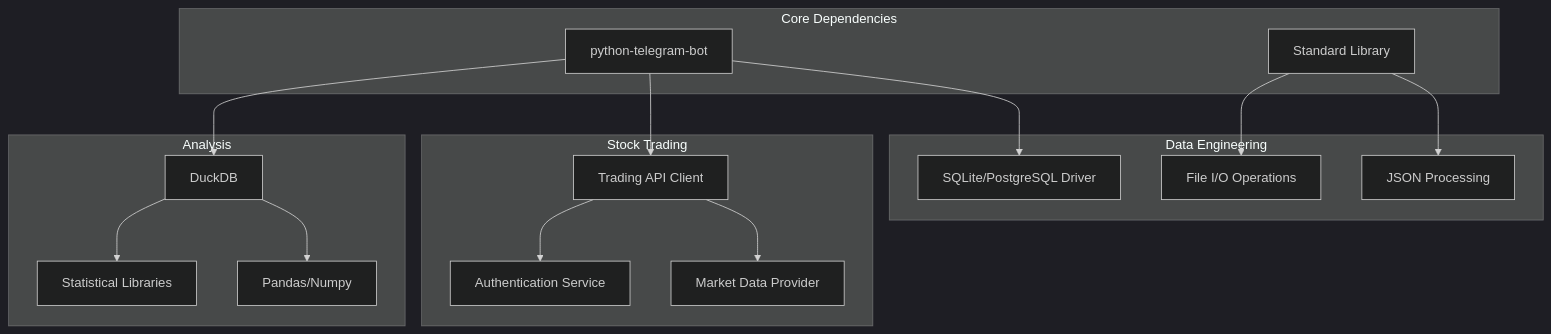
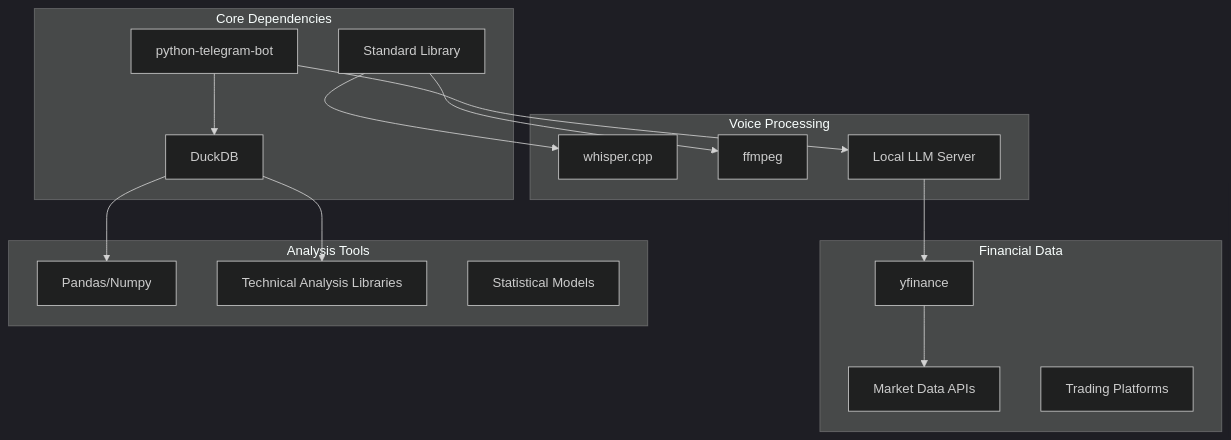
One commit to ZengSeng/telegram-bot changed the fifth of 5 diagrams in .qoder/repowiki/en/content/Project Overview.md. Above: the diagram before and after it, drawn with Mermaid (dark theme). The commit also changed other lines of this file and 8 other files, not shown here.

````diff
--- a/.qoder/repowiki/en/content/Project Overview.md
+++ b/.qoder/repowiki/en/content/Project Overview.md
@@ -363,31 +358,31 @@
 ```mermaid
 graph TB
 subgraph "Core Dependencies"
 A["python-telegram-bot"]
 B["Standard Library"]
+C["DuckDB"]
 end
-subgraph "Data Engineering"
-C["SQLite/PostgreSQL Driver"]
-D["JSON Processing"]
-E["File I/O Operations"]
+subgraph "Voice Processing"
+D["whisper.cpp"]
+E["ffmpeg"]
+F["Local LLM Server"]
 end
-subgraph "Stock Trading"
-F["Trading API Client"]
-G["Market Data Provider"]
-H["Authentication Service"]
+subgraph "Financial Data"
+G["yfinance"]
+H["Market Data APIs"]
+I["Trading Platforms"]
 end
-subgraph "Analysis"
-I["DuckDB"]
+subgraph "Analysis Tools"
 J["Pandas/Numpy"]
-K["Statistical Libraries"]
+K["Technical Analysis Libraries"]
+L["Statistical Models"]
 end
 A --> C
 A --> F
-A --> I
 B --> D
 B --> E
 F --> G
-F --> H
-I --> J
-I --> K
+G --> H
+C --> J
+C --> K
 ```
````
